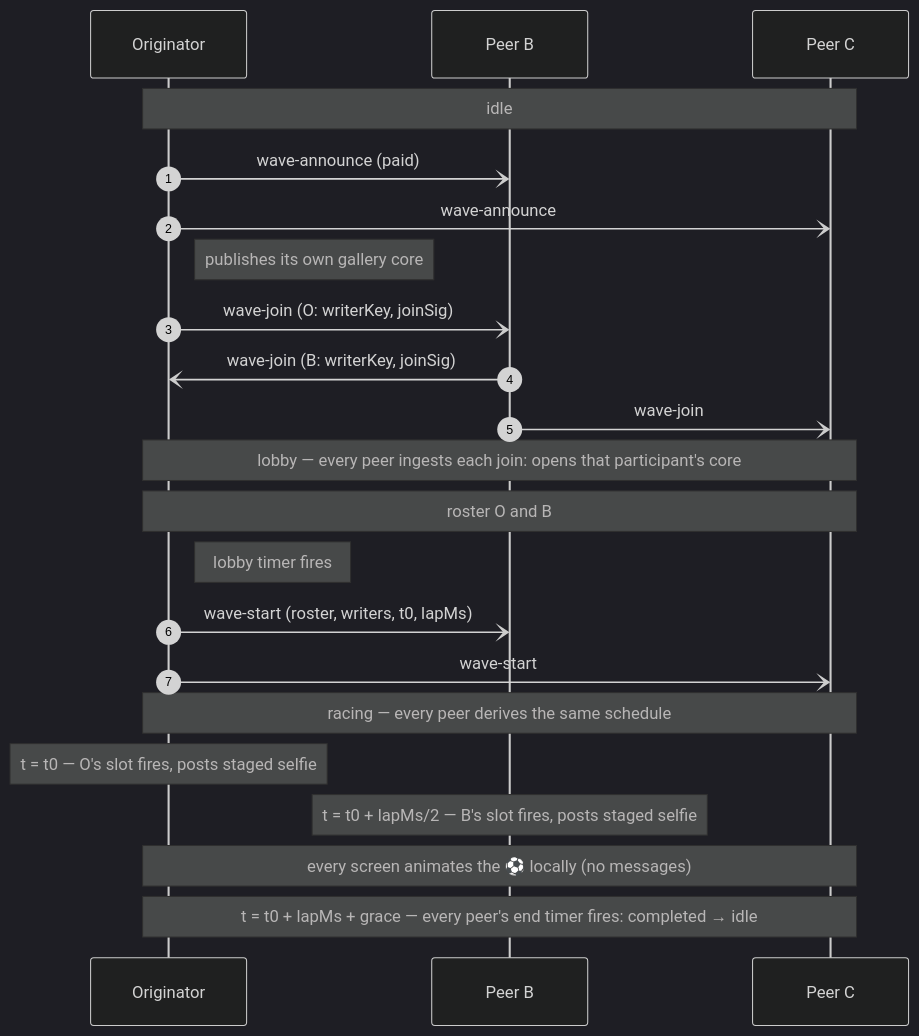
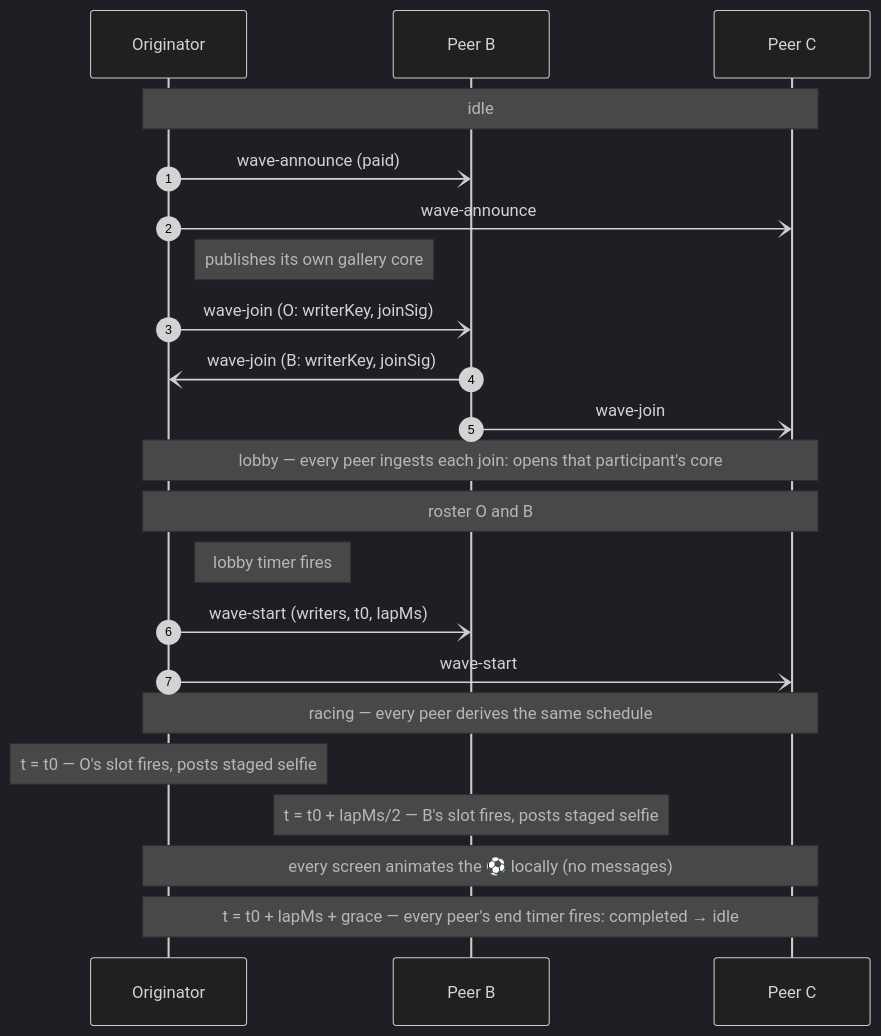
Before and after one commit to mnaamani/hyper-wave: the fourth of 5 diagrams in docs/protocol.md, drawn with Mermaid (dark theme). The commit also changed other lines of this file and 45 other files, not shown here.

````diff
--- a/docs/protocol.md
+++ b/docs/protocol.md
@@ -528,24 +520,24 @@
 ```mermaid
 sequenceDiagram
   autonumber
   participant O as Originator
   participant B as Peer B
   participant C as Peer C
   Note over O,C: idle
   O-)B: wave-announce (paid)
   O-)C: wave-announce
   Note right of O: publishes its own gallery core
   O-)B: wave-join (O: writerKey, joinSig)
   B-)O: wave-join (B: writerKey, joinSig)
   B-)C: wave-join
   Note over O,C: lobby — every peer ingests each join: opens that participant's core
   Note over O,C: roster O and B
   Note right of O: lobby timer fires
-  O-)B: wave-start (roster, writers, t0, lapMs)
+  O-)B: wave-start (writers, t0, lapMs)
   O-)C: wave-start
   Note over O,C: racing — every peer derives the same schedule
   Note over O: t = t0 — O's slot fires, posts staged selfie
   Note over B: t = t0 + lapMs/2 — B's slot fires, posts staged selfie
   Note over O,C: every screen animates the ⚽ locally (no messages)
   Note over O,C: t = t0 + lapMs + grace — every peer's end timer fires: completed → idle
 ```
````
